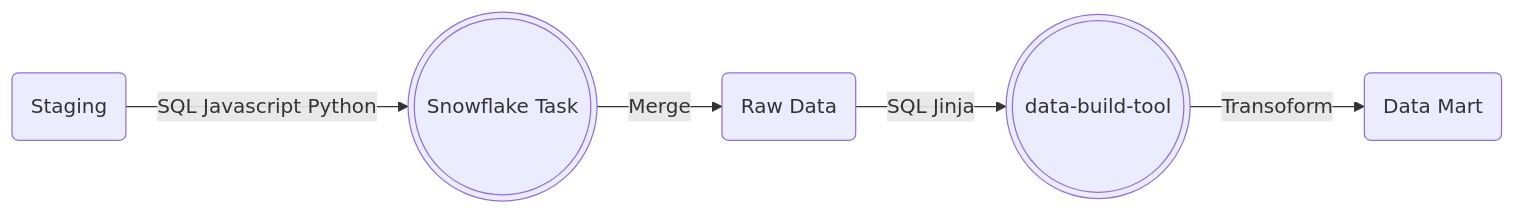
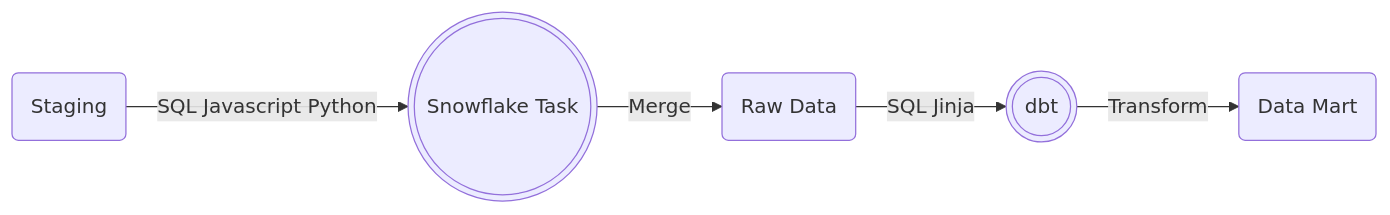
The third of 4 diagrams in Architecture.md (francesco-quaratino/senior-data-engineer-assignment), drawn with Mermaid before and after one commit. The commit also changed other lines of this file, not shown here.

````diff
--- a/Architecture.md
+++ b/Architecture.md
@@ -104,18 +107,17 @@
 ```mermaid
 
 flowchart LR;
 
   staging(Staging) -->
     |SQL Javascript Python| snowflake_tasks
 
   snowflake_tasks(((Snowflake Task))) -->
     |Merge| raw_data
 
   raw_data(Raw Data) -->
     |SQL Jinja| dbt
 
-  dbt(((data-build-tool))) -->
-    |Transoform| mart(Data Mart)
-  
+  dbt(((dbt))) -->
+    |Transform| mart(Data Mart)  
 
 ```
````
